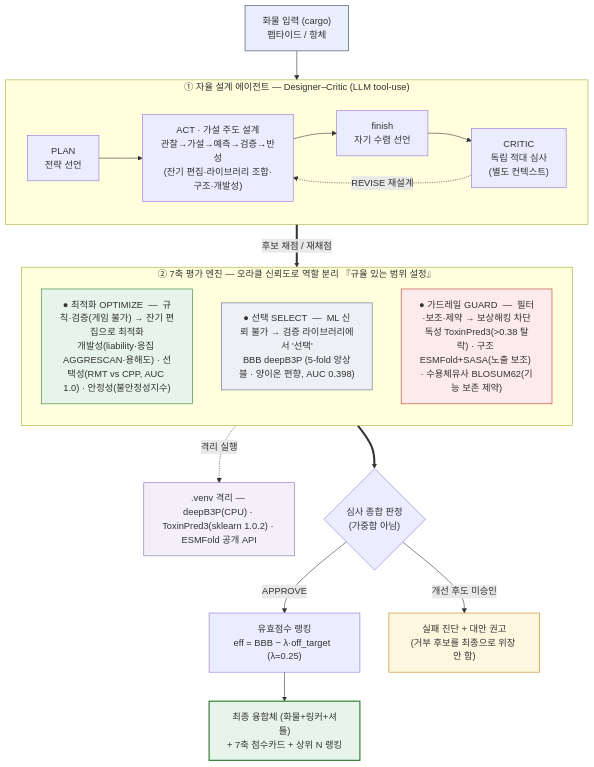
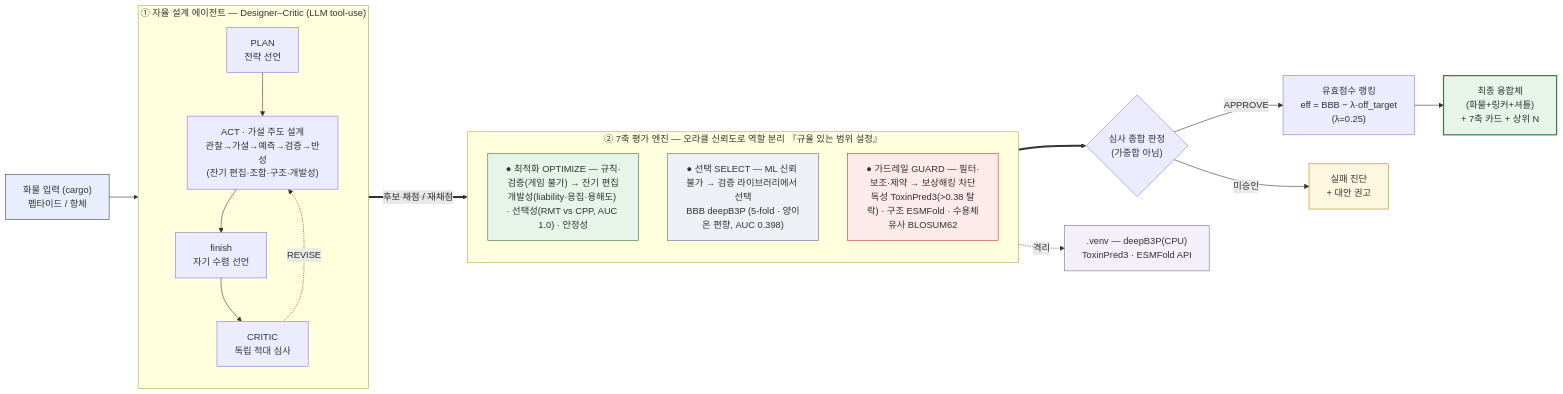
One commit to yunseul6028/BBB-Optimizer changed the first of 9 diagrams in 아키텍처.md. Above: the diagram before and after it, drawn with Mermaid.

Commit message:
docs(아키텍처): 대표 도면 가로(LR) 배치로 변경
flowchart TB → LR: 전체 흐름을 입력→에이전트→7축→심사→산출 좌우 방향으로.
에이전트·엔진 내부는 세로 스택(direction TB)으로 유지해 전체가 가로로 넓게 펼쳐지게.
라벨 줄바꿈 조정으로 박스 폭 과대 방지.

````diff
--- a/아키텍처.md
+++ b/아키텍처.md
@@ -17,35 +17,35 @@
 ```mermaid
-flowchart TB
-  IN["화물 입력 (cargo)<br/>펩타이드 / 항체"]:::io --> PLAN
+flowchart LR
+  IN["화물 입력 (cargo)<br/>펩타이드 / 항체"]:::io --> AG
 
   subgraph AG["① 자율 설계 에이전트 — Designer–Critic (LLM tool-use)"]
-    direction LR
-    PLAN["PLAN<br/>전략 선언"] --> ACT["ACT · 가설 주도 설계<br/>관찰→가설→예측→검증→반성<br/>(잔기 편집·라이브러리 조합·구조·개발성)"]
+    direction TB
+    PLAN["PLAN<br/>전략 선언"] --> ACT["ACT · 가설 주도 설계<br/>관찰→가설→예측→검증→반성<br/>(잔기 편집·조합·구조·개발성)"]
     ACT --> FIN["finish<br/>자기 수렴 선언"]
-    FIN --> CR["CRITIC<br/>독립 적대 심사<br/>(별도 컨텍스트)"]
-    CR -.->|REVISE 재설계| ACT
+    FIN --> CR["CRITIC<br/>독립 적대 심사"]
+    CR -.->|REVISE| ACT
   end
 
-  ACT ==>|"후보 채점 / 재채점"| ENG
+  AG ==>|"후보 채점 / 재채점"| ENG
 
   subgraph ENG["② 7축 평가 엔진 — 오라클 신뢰도로 역할 분리 『규율 있는 범위 설정』"]
     direction TB
-    OPT["● 최적화 OPTIMIZE  —  규칙·검증(게임 불가) → 잔기 편집으로 최적화<br/>개발성(liability·응집 AGGRESCAN·용해도) · 선택성(RMT vs CPP, AUC 1.0) · 안정성(불안정성지수)"]:::opt
-    SEL["● 선택 SELECT  —  ML 신뢰 불가 → 검증 라이브러리에서 '선택'<br/>BBB deepB3P (5-fold 앙상블 · 양이온 편향, AUC 0.398)"]:::sel
-    GRD["● 가드레일 GUARD  —  필터·보조·제약 → 보상해킹 차단<br/>독성 ToxinPred3(&gt;0.38 탈락) · 구조 ESMFold+SASA(노출 보조) · 수용체유사 BLOSUM62(기능 보존 제약)"]:::grd
+    OPT["● 최적화 OPTIMIZE — 규칙·검증(게임 불가) → 잔기 편집<br/>개발성(liability·응집·용해도) · 선택성(RMT vs CPP, AUC 1.0) · 안정성"]:::opt
+    SEL["● 선택 SELECT — ML 신뢰 불가 → 검증 라이브러리에서 선택<br/>BBB deepB3P (5-fold · 양이온 편향, AUC 0.398)"]:::sel
+    GRD["● 가드레일 GUARD — 필터·보조·제약 → 보상해킹 차단<br/>독성 ToxinPred3(&gt;0.38 탈락) · 구조 ESMFold · 수용체유사 BLOSUM62"]:::grd
   end
 
-  ENG -.->|"격리 실행"| VENV[".venv 격리 — deepB3P(CPU) · ToxinPred3(sklearn 1.0.2) · ESMFold 공개 API"]:::venv
+  ENG ==> J{"심사 종합 판정<br/>(가중합 아님)"}
+  J -->|APPROVE| RK["유효점수 랭킹<br/>eff = BBB − λ·off_target<br/>(λ=0.25)"] --> OUT["최종 융합체<br/>(화물+링커+셔틀)<br/>+ 7축 카드 + 상위 N"]:::ok
+  J -->|"미승인"| F["실패 진단<br/>+ 대안 권고"]:::warn
 
-  ENG ==> J{"심사 종합 판정<br/>(가중합 아님)"}
-  J -->|APPROVE| RK["유효점수 랭킹<br/>eff = BBB − λ·off_target  (λ=0.25)"] --> OUT["최종 융합체 (화물+링커+셔틀)<br/>+ 7축 점수카드 + 상위 N 랭킹"]:::ok
-  J -->|"개선 후도 미승인"| F["실패 진단 + 대안 권고<br/>(거부 후보를 최종으로 위장 안 함)"]:::warn
+  ENG -.->|격리| VENV[".venv — deepB3P(CPU)<br/>ToxinPred3 · ESMFold API"]:::venv
 
   classDef io fill:#e8eefc,stroke:#30405c;
   classDef opt fill:#e6f4ea,stroke:#2e7d32;
   classDef sel fill:#eef0f5,stroke:#5a6b8c;
   classDef grd fill:#fdeaea,stroke:#c0392b;
   classDef ok fill:#e6f4ea,stroke:#2e7d32,stroke-width:2px;
   classDef warn fill:#fef7e0,stroke:#b8860b;
   classDef venv fill:#f3f0fa,stroke:#7c6aa8;
 ```
````
